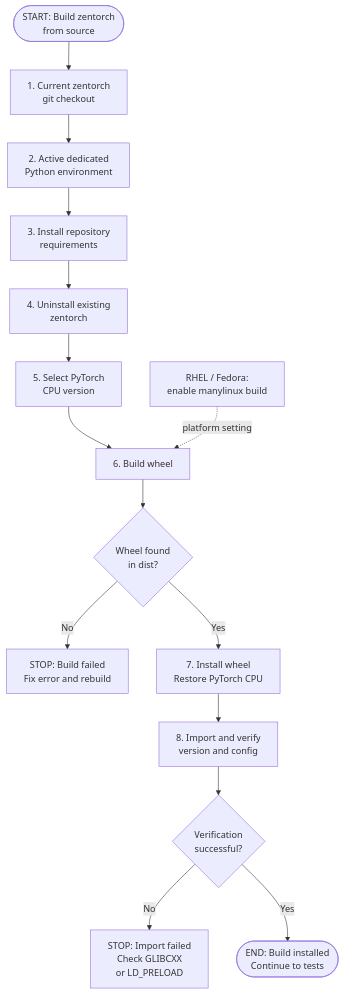
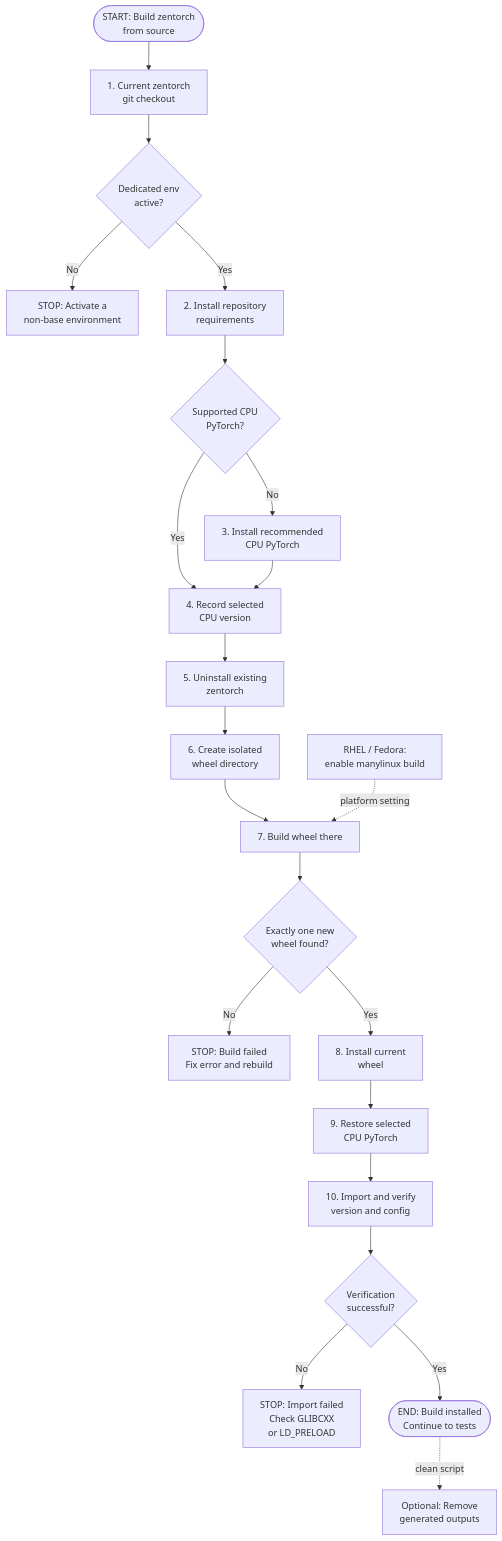
One commit to amd/ZenDNN-pytorch-plugin changed the diagram in .claude/skills/build-zentorch-from-source/zentorch-build-flow.md. Above: the diagram before and after it, drawn with Mermaid. The commit also changed other lines of this file and 11 other files, not shown here.

````diff
--- a/.claude/skills/build-zentorch-from-source/zentorch-build-flow.md
+++ b/.claude/skills/build-zentorch-from-source/zentorch-build-flow.md
@@ -19,25 +30,37 @@
 ```mermaid
 flowchart TD
     start(["START: Build zentorch<br/>from source"])
     checkout["1. Current zentorch<br/>git checkout"]
-    env["2. Active dedicated<br/>Python environment"]
-    requirements["3. Install repository<br/>requirements"]
-    uninstall["4. Uninstall existing<br/>zentorch"]
-    torch["5. Select PyTorch<br/>CPU version"]
-    build["6. Build wheel"]
+    env{"Dedicated env<br/>active?"}
+    envFail["STOP: Activate a<br/>non-base environment"]
+    requirements["2. Install repository<br/>requirements"]
+    torch{"Supported CPU<br/>PyTorch?"}
+    remediate["3. Install recommended<br/>CPU PyTorch"]
+    selected["4. Record selected<br/>CPU version"]
+    uninstall["5. Uninstall existing<br/>zentorch"]
+    isolate["6. Create isolated<br/>wheel directory"]
+    build["7. Build wheel there"]
     rhel["RHEL / Fedora:<br/>enable manylinux build"]
-    wheel{"Wheel found<br/>in dist?"}
+    wheel{"Exactly one new<br/>wheel found?"}
     buildFail["STOP: Build failed<br/>Fix error and rebuild"]
-    install["7. Install wheel<br/>Restore PyTorch CPU"]
-    verify["8. Import and verify<br/>version and config"]
+    install["8. Install current<br/>wheel"]
+    restore["9. Restore selected<br/>CPU PyTorch"]
+    verify["10. Import and verify<br/>version and config"]
     imports{"Verification<br/>successful?"}
     importFail["STOP: Import failed<br/>Check GLIBCXX<br/>or LD_PRELOAD"]
     done(["END: Build installed<br/>Continue to tests"])
+    cleanup["Optional: Remove<br/>generated outputs"]
 
-    start --> checkout --> env --> requirements --> uninstall --> torch --> build --> wheel
+    start --> checkout --> env
+    env -- No --> envFail
+    env -- Yes --> requirements --> torch
+    torch -- Yes --> selected
+    torch -- No --> remediate --> selected
+    selected --> uninstall --> isolate --> build --> wheel
     rhel -. platform setting .-> build
     wheel -- No --> buildFail
-    wheel -- Yes --> install --> verify --> imports
+    wheel -- Yes --> install --> restore --> verify --> imports
     imports -- No --> importFail
     imports -- Yes --> done
+    done -. clean script .-> cleanup
 ```
````
